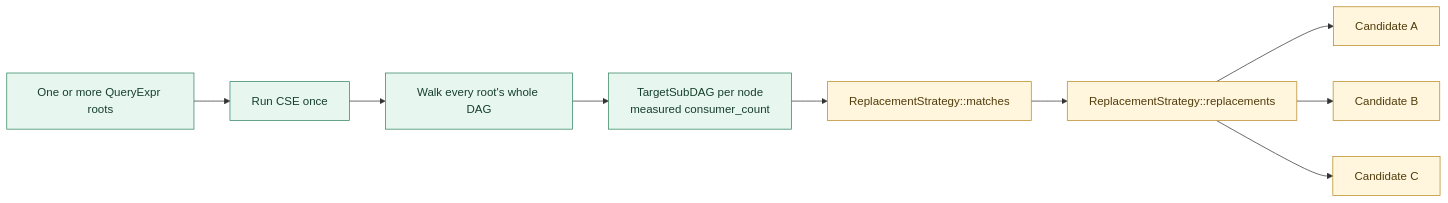
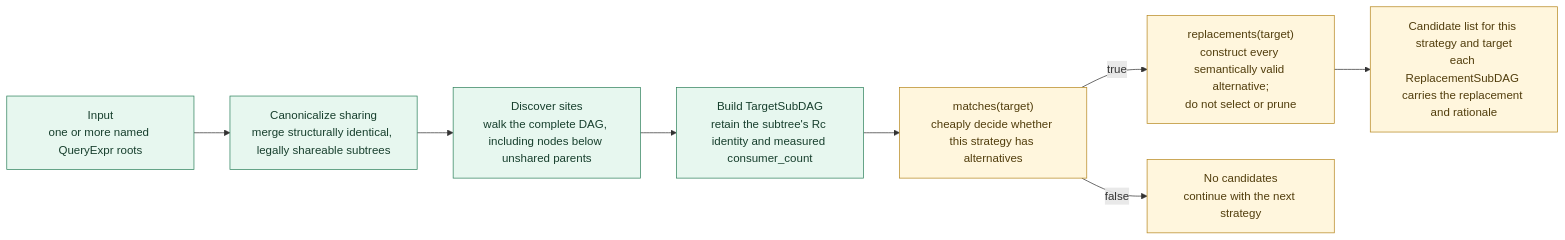
Before and after one commit to ProjectASAP/ASAPPlanner: the second of 6 diagrams in docs/developer_docs/ASAP-aware-mapping-developer-guide.md, drawn with Mermaid. The commit also changed other lines of this file, not shown here.

Commit message:
docs(asap-aware-mapping): make architecture diagrams self-explanatory

````diff
--- a/docs/developer_docs/ASAP-aware-mapping-developer-guide.md
+++ b/docs/developer_docs/ASAP-aware-mapping-developer-guide.md
@@ -101,16 +119,15 @@
 ```mermaid
 flowchart LR
   classDef workload fill:#e7f7ef,stroke:#31835e,color:#173f2d
   classDef common fill:#fff6dd,stroke:#b78922,color:#513d0c
 
-  ROOTS["One or more QueryExpr roots"]:::workload
-  ROOTS --> CSE["Run CSE once"]:::workload
-  CSE --> WALK["Walk every root's whole DAG"]:::workload
-  WALK --> T["TargetSubDAG per node<br/>measured consumer_count"]:::workload
+  ROOTS["Input<br/>one or more named QueryExpr roots"]:::workload
+  ROOTS --> CSE["Canonicalize sharing<br/>merge structurally identical, legally shareable subtrees"]:::workload
+  CSE --> WALK["Discover sites<br/>walk the complete DAG, including nodes below unshared parents"]:::workload
+  WALK --> T["Build TargetSubDAG<br/>retain the subtree's Rc identity and measured consumer_count"]:::workload
   T --> MATCH
-  MATCH[ReplacementStrategy::matches]:::common
-  MATCH --> REPLACE[ReplacementStrategy::replacements]:::common
-  REPLACE --> A[Candidate A]:::common
-  REPLACE --> B[Candidate B]:::common
-  REPLACE --> C[Candidate C]:::common
+  MATCH["matches(target)<br/>cheaply decide whether this strategy has alternatives"]:::common
+  MATCH -->|"true"| REPLACE["replacements(target)<br/>construct every semantically valid alternative;<br/>do not select or prune"]:::common
+  MATCH -->|"false"| NONE["No candidates<br/>continue with the next strategy"]:::common
+  REPLACE --> OUT["Candidate list for this strategy and target<br/>each ReplacementSubDAG carries the replacement and rationale"]:::common
 ```
````
